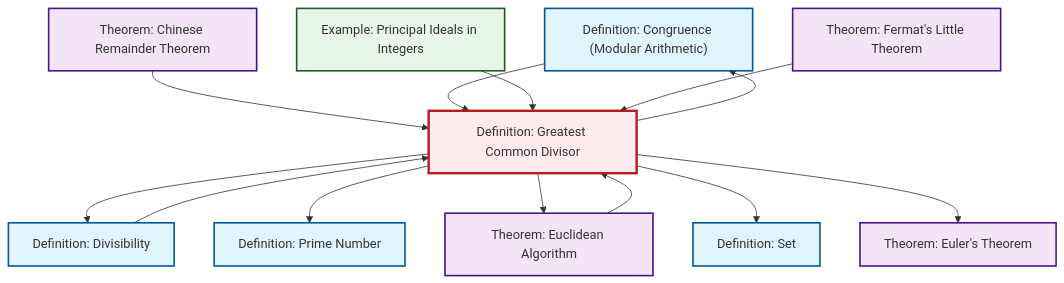
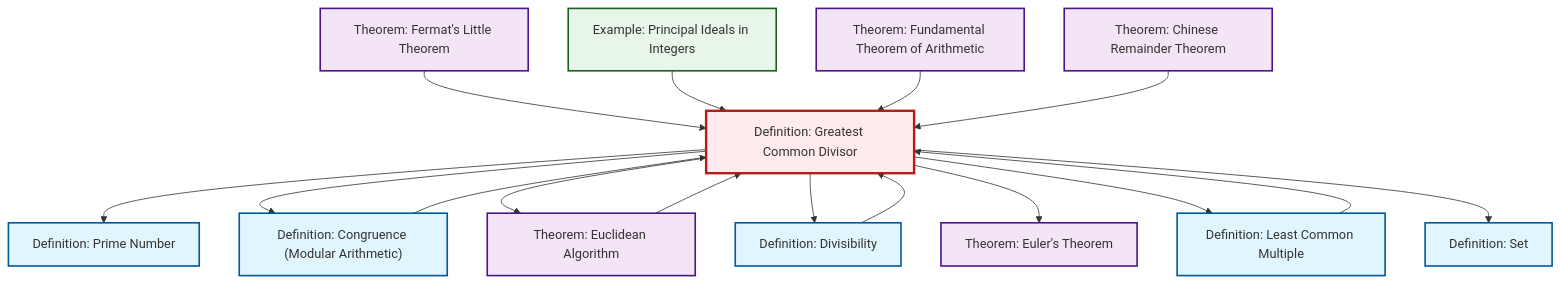
Before and after one commit to RK0429/ModernMath: the second of 2 diagrams in content/ja/number-theory/def-gcd.qmd, drawn with Mermaid. The commit also changed 634 other files, not shown here.

First line of the commit message:
feat: Add prime ideal definition with comprehensive cross-references

````diff
--- a/content/ja/number-theory/def-gcd.qmd
+++ b/content/ja/number-theory/def-gcd.qmd
@@ -94,41 +94,48 @@
 ```{mermaid}
 %%| fig-cap: "Local dependency graph"
 graph TD
     classDef definition fill:#e1f5fe,stroke:#01579b,stroke-width:2px
     classDef theorem fill:#f3e5f5,stroke:#4a148c,stroke-width:2px
     classDef axiom fill:#fff3e0,stroke:#e65100,stroke-width:2px
     classDef example fill:#e8f5e9,stroke:#1b5e20,stroke-width:2px
     classDef current fill:#ffebee,stroke:#b71c1c,stroke-width:3px
+    def-gcd["Definition: Greatest Common Divisor"]:::definition
+    thm-euler["Theorem: Euler's Theorem"]:::theorem
+    thm-fermat-little["Theorem: Fermat's Little Theorem"]:::theorem
+    def-set["Definition: Set"]:::definition
+    def-lcm["Definition: Least Common Multiple"]:::definition
+    thm-fundamental-arithmetic["Theorem: Fundamental Theorem of Arithmetic"]:::theorem
     def-congruence["Definition: Congruence (Modular Arithmetic)"]:::definition
-    def-gcd["Definition: Greatest Common Divisor"]:::definition
+    ex-principal-ideal["Example: Principal Ideals in Integers"]:::example
     def-divisibility["Definition: Divisibility"]:::definition
+    thm-chinese-remainder["Theorem: Chinese Remainder Theorem"]:::theorem
     def-prime["Definition: Prime Number"]:::definition
-    def-set["Definition: Set"]:::definition
     thm-euclidean-algorithm["Theorem: Euclidean Algorithm"]:::theorem
-    thm-euler["Theorem: Euler's Theorem"]:::theorem
-    ex-principal-ideal["Example: Principal Ideals in Integers"]:::example
-    thm-chinese-remainder["Theorem: Chinese Remainder Theorem"]:::theorem
-    thm-fermat-little["Theorem: Fermat's Little Theorem"]:::theorem
+    def-gcd --> def-prime
+    def-gcd --> def-congruence
+    thm-fermat-little --> def-gcd
     def-divisibility --> def-gcd
+    def-congruence --> def-gcd
+    def-gcd --> thm-euclidean-algorithm
+    def-gcd --> def-divisibility
+    def-gcd --> thm-euler
+    ex-principal-ideal --> def-gcd
+    thm-fundamental-arithmetic --> def-gcd
+    def-lcm --> def-gcd
+    thm-euclidean-algorithm --> def-gcd
+    def-gcd --> def-lcm
+    def-gcd --> def-set
     thm-chinese-remainder --> def-gcd
-    def-congruence --> def-gcd
-    def-gcd --> def-congruence
-    def-gcd --> def-divisibility
-    thm-euclidean-algorithm --> def-gcd
-    def-gcd --> def-prime
-    ex-principal-ideal --> def-gcd
-    def-gcd --> thm-euclidean-algorithm
-    def-gcd --> def-set
-    def-gcd --> thm-euler
-    thm-fermat-little --> def-gcd
     class def-gcd current
+    click thm-euler "thm-euler.html" "Theorem: Euler's Theoremへ"
+    click thm-fermat-little "thm-fermat-little.html" "Theorem: Fermat's Little Theoremへ"
+    click def-set "def-set.html" "Definition: Setへ"
+    click def-lcm "def-lcm.html" "Definition: Least Common Multipleへ"
+    click thm-fundamental-arithmetic "thm-fundamental-arithmetic.html" "Theorem: Fundamental Theorem of Arithmeticへ"
     click def-congruence "def-congruence.html" "Definition: Congruence (Modular Arithmetic)へ"
+    click ex-principal-ideal "ex-principal-ideal.html" "Example: Principal Ideals in Integersへ"
     click def-divisibility "def-divisibility.html" "Definition: Divisibilityへ"
+    click thm-chinese-remainder "thm-chinese-remainder.html" "Theorem: Chinese Remainder Theoremへ"
     click def-prime "def-prime.html" "Definition: Prime Numberへ"
-    click def-set "def-set.html" "Definition: Setへ"
     click thm-euclidean-algorithm "thm-euclidean-algorithm.html" "Theorem: Euclidean Algorithmへ"
-    click thm-euler "thm-euler.html" "Theorem: Euler's Theoremへ"
-    click ex-principal-ideal "ex-principal-ideal.html" "Example: Principal Ideals in Integersへ"
-    click thm-chinese-remainder "thm-chinese-remainder.html" "Theorem: Chinese Remainder Theoremへ"
-    click thm-fermat-little "thm-fermat-little.html" "Theorem: Fermat's Little Theoremへ"
 ```
````
